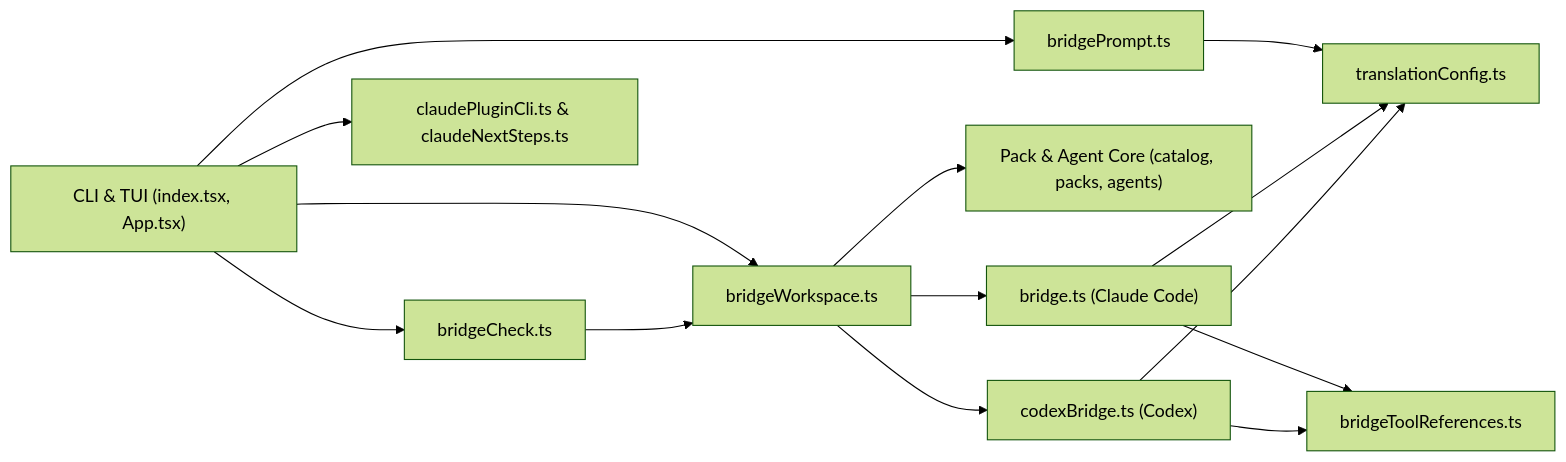
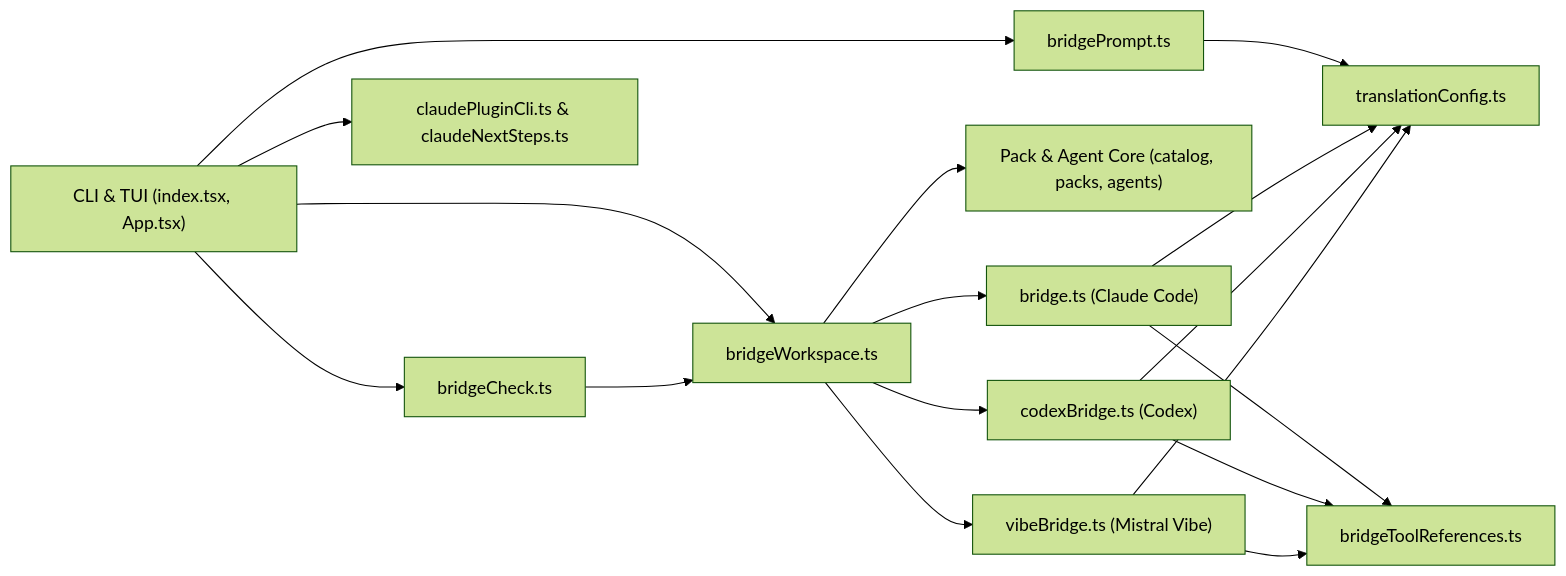
Before and after one commit to lorecanc/manage-agents: the diagram in wiki/modules/bridges.md, drawn with Mermaid (forest theme). The commit also changed other lines of this file and 27 other files, not shown here.

First line of the commit message:
feat(bridge): complete the Mistral Vibe bridge with main agent profiles and native delegation

````diff
--- a/wiki/modules/bridges.md
+++ b/wiki/modules/bridges.md
@@ -44,16 +46,19 @@
 ```mermaid
 graph LR
     CLI["CLI & TUI (index.tsx, App.tsx)"] --> Prompt["bridgePrompt.ts"]
     CLI --> Workspace["bridgeWorkspace.ts"]
     CLI --> Check["bridgeCheck.ts"]
     CLI --> ClaudeCLI["claudePluginCli.ts & claudeNextSteps.ts"]
     Prompt --> Config["translationConfig.ts"]
     Check --> Workspace
     Workspace --> Core["Pack & Agent Core (catalog, packs, agents)"]
     Workspace --> Claude["bridge.ts (Claude Code)"]
     Workspace --> Codex["codexBridge.ts (Codex)"]
+    Workspace --> Vibe["vibeBridge.ts (Mistral Vibe)"]
     Claude --> Config
     Codex --> Config
+    Vibe --> Config
     Claude --> Tools["bridgeToolReferences.ts"]
     Codex --> Tools
+    Vibe --> Tools
 ```
````
